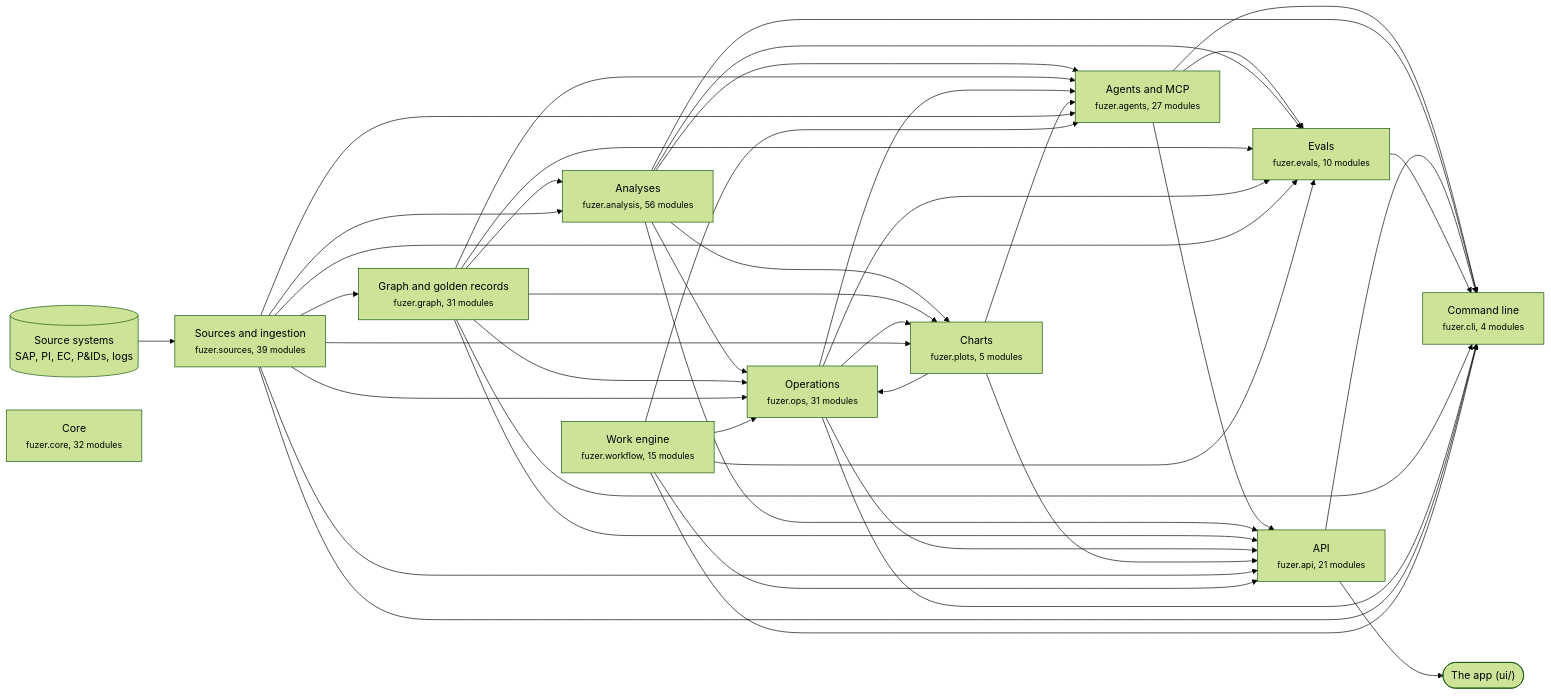
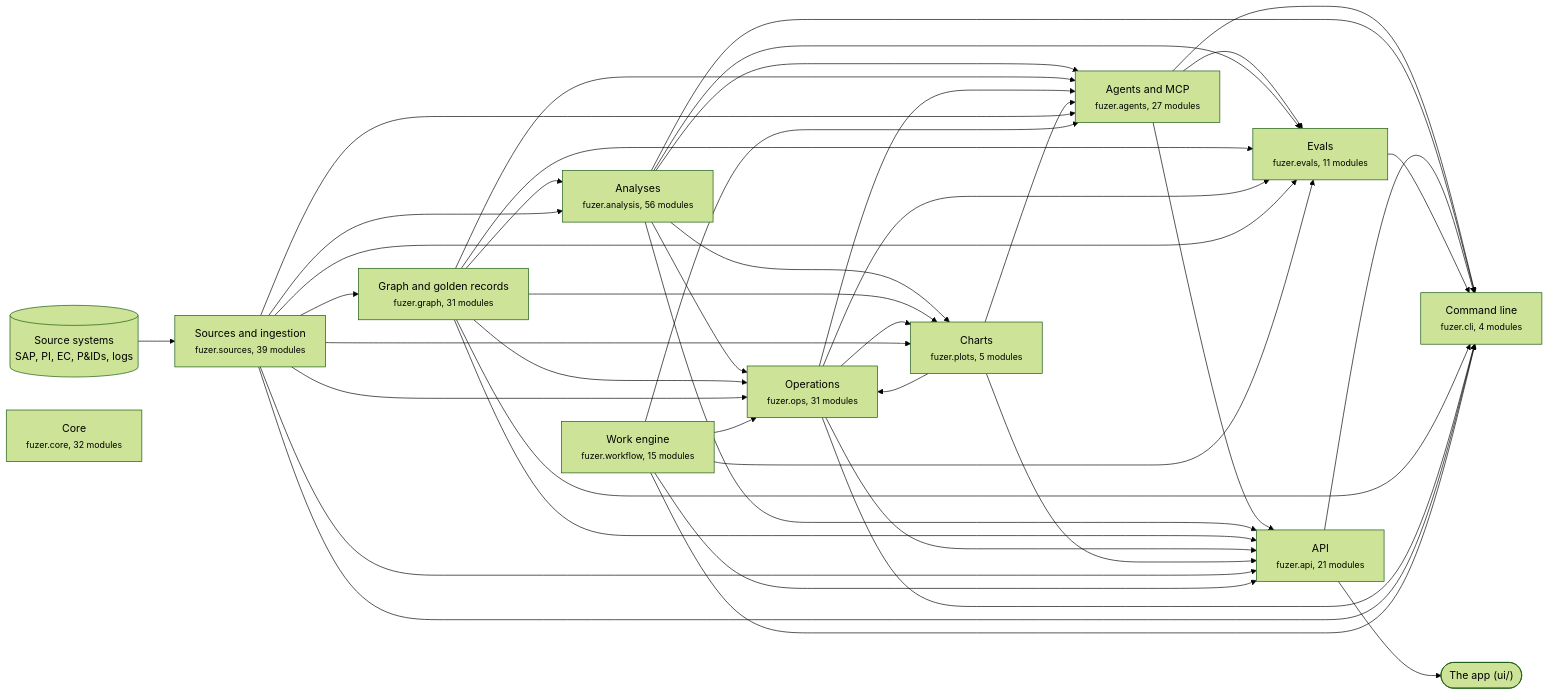
The first of 3 diagrams in docs/architecture.md (areed145/fuzer), drawn with Mermaid (forest theme) before and after one commit. The commit also changed other lines of this file and 16 other files, not shown here.

````diff
--- a/docs/architecture.md
+++ b/docs/architecture.md
@@ -8,67 +8,67 @@
 ```mermaid
 flowchart LR
   systems[("Source systems<br>SAP, PI, EC, P&IDs, logs")] --> c_sources
   app(["The app (ui/)"])
   c_api --> app
   c_sources["Sources and ingestion<br><small>fuzer.sources, 39 modules</small>"]
   c_graph["Graph and golden records<br><small>fuzer.graph, 31 modules</small>"]
   c_analysis["Analyses<br><small>fuzer.analysis, 56 modules</small>"]
   c_ops["Operations<br><small>fuzer.ops, 31 modules</small>"]
   c_plots["Charts<br><small>fuzer.plots, 5 modules</small>"]
   c_workflow["Work engine<br><small>fuzer.workflow, 15 modules</small>"]
   c_agents["Agents and MCP<br><small>fuzer.agents, 27 modules</small>"]
-  c_evals["Evals<br><small>fuzer.evals, 10 modules</small>"]
+  c_evals["Evals<br><small>fuzer.evals, 11 modules</small>"]
   c_api["API<br><small>fuzer.api, 21 modules</small>"]
   c_cli["Command line<br><small>fuzer.cli, 4 modules</small>"]
   c_core["Core<br><small>fuzer.core, 32 modules</small>"]
   c_sources --> c_graph
   c_graph --> c_analysis
   c_sources --> c_analysis
   c_analysis --> c_ops
   c_graph --> c_ops
   c_plots --> c_ops
   c_sources --> c_ops
   c_workflow --> c_ops
   c_analysis --> c_plots
   c_graph --> c_plots
   c_ops --> c_plots
   c_sources --> c_plots
   c_analysis --> c_agents
   c_graph --> c_agents
   c_ops --> c_agents
   c_plots --> c_agents
   c_sources --> c_agents
   c_workflow --> c_agents
   c_agents --> c_evals
   c_analysis --> c_evals
   c_graph --> c_evals
   c_ops --> c_evals
   c_sources --> c_evals
   c_workflow --> c_evals
   c_agents --> c_api
   c_analysis --> c_api
   c_graph --> c_api
   c_ops --> c_api
   c_plots --> c_api
   c_sources --> c_api
   c_workflow --> c_api
   c_agents --> c_cli
   c_analysis --> c_cli
   c_api --> c_cli
   c_evals --> c_cli
   c_graph --> c_cli
   c_ops --> c_cli
   c_sources --> c_cli
   c_workflow --> c_cli
   click c_sources "https://github.com/areed145/fuzer/tree/main/src/fuzer/sources"
   click c_graph "https://github.com/areed145/fuzer/tree/main/src/fuzer/graph"
   click c_analysis "https://github.com/areed145/fuzer/tree/main/src/fuzer/analysis"
   click c_ops "https://github.com/areed145/fuzer/tree/main/src/fuzer/ops"
   click c_plots "https://github.com/areed145/fuzer/tree/main/src/fuzer/plots"
   click c_workflow "https://github.com/areed145/fuzer/tree/main/src/fuzer/workflow"
   click c_agents "https://github.com/areed145/fuzer/tree/main/src/fuzer/agents"
   click c_evals "https://github.com/areed145/fuzer/tree/main/src/fuzer/evals"
   click c_api "https://github.com/areed145/fuzer/tree/main/src/fuzer/api"
   click c_cli "https://github.com/areed145/fuzer/tree/main/src/fuzer/cli"
   click c_core "https://github.com/areed145/fuzer/tree/main/src/fuzer/core"
 ```
````
